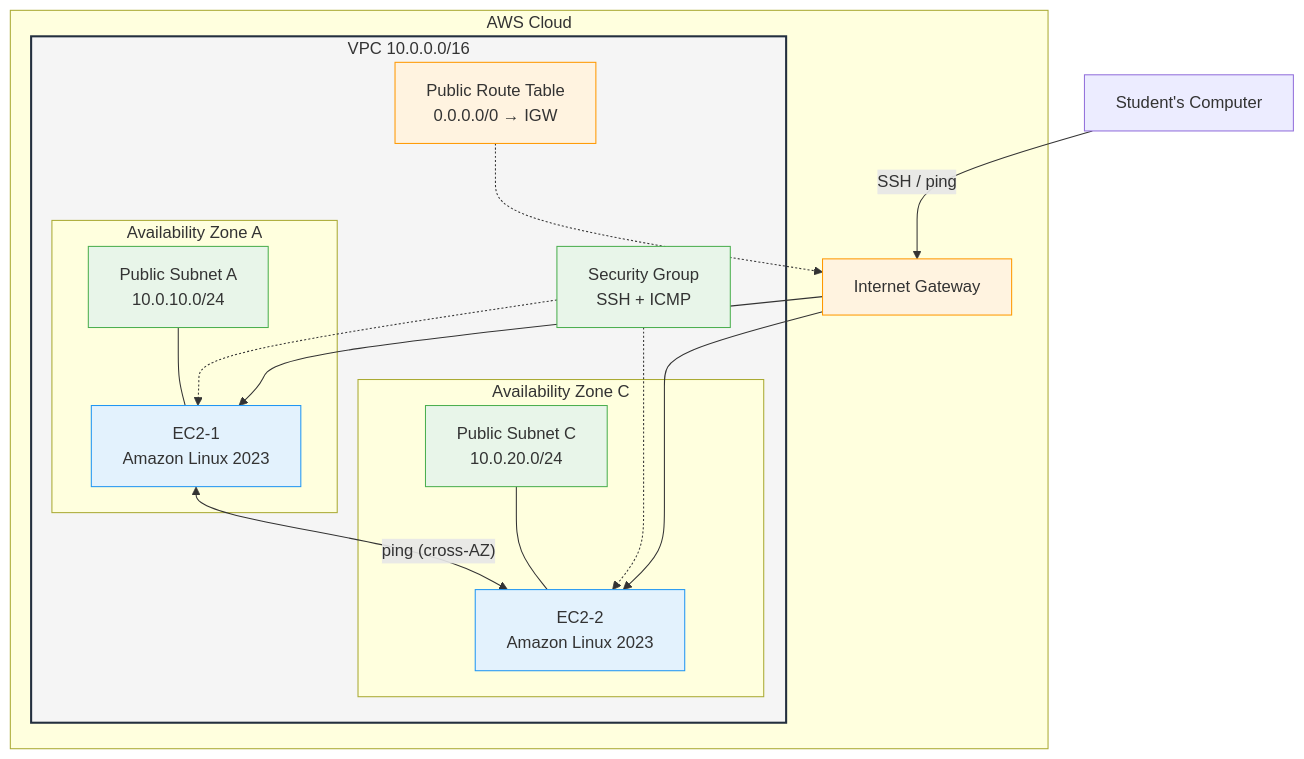
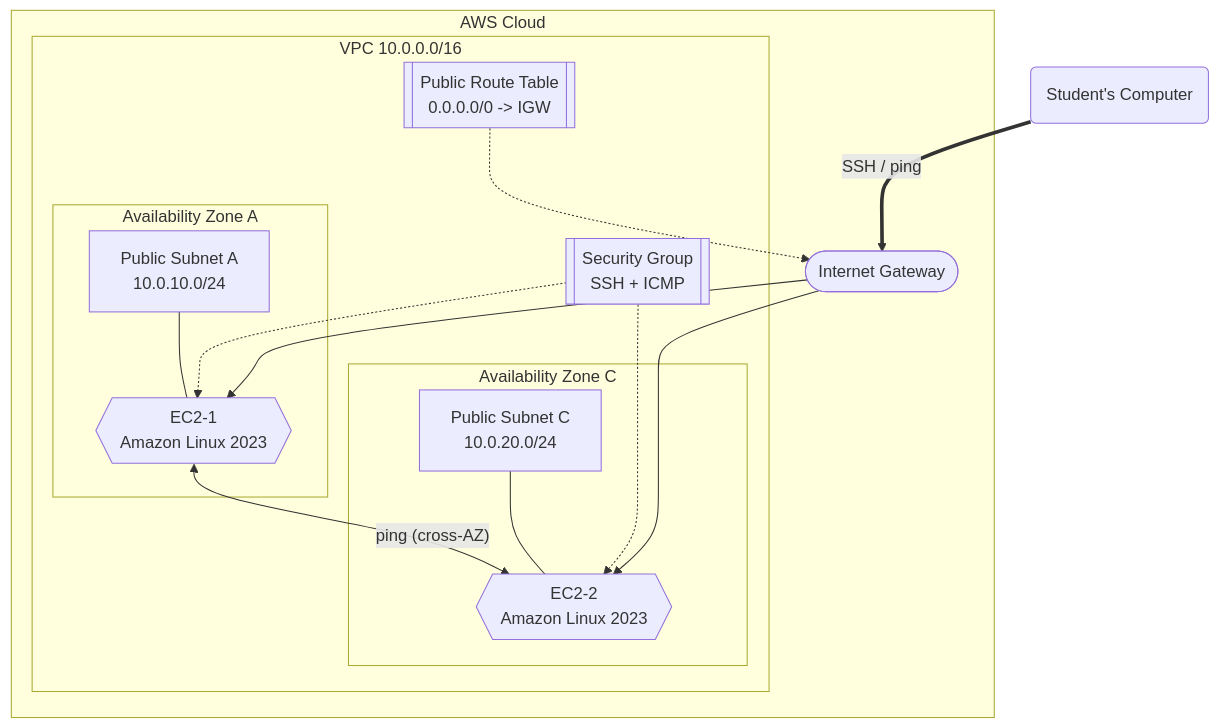
One commit to mrcarpinchoo/system-design-course changed the diagram in 08-cloud-networking-vpc/README.md. Above: the diagram before and after it, drawn with Mermaid. The commit also changed 7 other files, not shown here.

First line of the commit message:
feat: enhance Mermaid diagrams with semantic shapes and styling (#30)

````diff
--- a/08-cloud-networking-vpc/README.md
+++ b/08-cloud-networking-vpc/README.md
@@ -58,38 +58,40 @@
 ```mermaid
 graph TB
-    subgraph AWS["AWS Cloud"]
-        subgraph VPC["VPC 10.0.0.0/16"]
-            subgraph AZA["Availability Zone A"]
-                SUBA["Public Subnet A<br/>10.0.10.0/24"]
-                EC2_1["EC2-1<br/>Amazon Linux 2023"]
+    subgraph AWS ["AWS Cloud"]
+        subgraph VPC ["VPC 10.0.0.0/16"]
+            %% Availability Zone A
+            subgraph AZA ["Availability Zone A"]
+                SUBA["Public Subnet A<br>10.0.10.0/24"]
+                EC2_1{{"EC2-1<br>Amazon Linux 2023"}}
             end
-            subgraph AZC["Availability Zone C"]
-                SUBC["Public Subnet C<br/>10.0.20.0/24"]
-                EC2_2["EC2-2<br/>Amazon Linux 2023"]
+
+            %% Availability Zone C
+            subgraph AZC ["Availability Zone C"]
+                SUBC["Public Subnet C<br>10.0.20.0/24"]
+                EC2_2{{"EC2-2<br>Amazon Linux 2023"}}
             end
-            RT["Public Route Table<br/>0.0.0.0/0 → IGW"]
-            SG["Security Group<br/>SSH + ICMP"]
+
+            RT[["Public Route Table<br>0.0.0.0/0 -> IGW"]]
+            SG[["Security Group<br>SSH + ICMP"]]
         end
-        IGW["Internet Gateway"]
+
+        IGW(["Internet Gateway"])
     end
-    STUDENT["Student's Computer"]
 
-    STUDENT -->|"SSH / ping"| IGW
+    %% External access
+    STUDENT("Student's Computer")
+
+    %% Connections
+    STUDENT ==>|"SSH / ping"| IGW
     IGW --> EC2_1
     IGW --> EC2_2
     EC2_1 <-->|"ping (cross-AZ)"| EC2_2
+
+    %% Associations
     RT -.-> IGW
     SG -.-> EC2_1
     SG -.-> EC2_2
     SUBA --- EC2_1
     SUBC --- EC2_2
 
-    style VPC fill:#f5f5f5,stroke:#232F3E,stroke-width:2px
-    style SUBA fill:#E8F5E9,stroke:#4CAF50
-    style SUBC fill:#E8F5E9,stroke:#4CAF50
-    style EC2_1 fill:#E3F2FD,stroke:#2196F3
-    style EC2_2 fill:#E3F2FD,stroke:#2196F3
-    style IGW fill:#FFF3E0,stroke:#FF9800
-    style RT fill:#FFF3E0,stroke:#FF9800
-    style SG fill:#E8F5E9,stroke:#4CAF50
 ```
````
